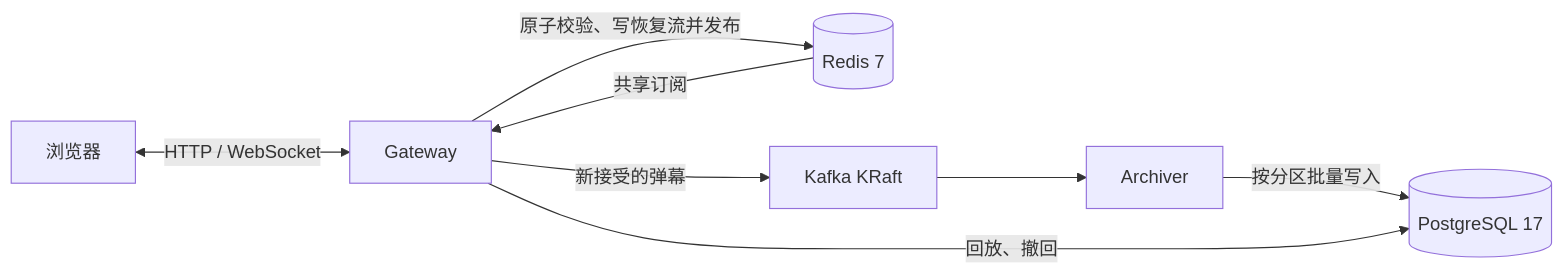
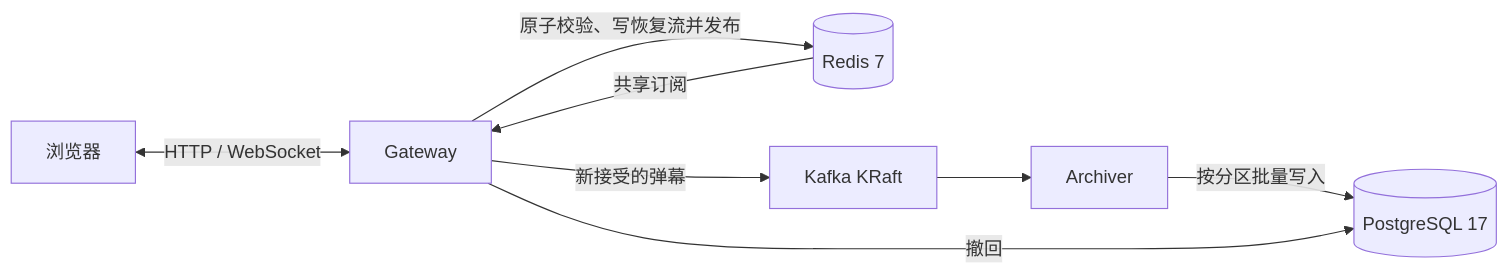
Before and after one commit to SctHy/live-stream-danmaku: the diagram in README.md, drawn with Mermaid. The commit also changed other lines of this file and 11 other files, not shown here.

````diff
--- a/README.md
+++ b/README.md
@@ -7,10 +7,10 @@
 ```mermaid
 flowchart LR
     B[浏览器] <-->|HTTP / WebSocket| G[Gateway]
     G -->|原子校验、写恢复流并发布| R[(Redis 7)]
     R -->|共享订阅| G
     G -->|新接受的弹幕| K[Kafka KRaft]
     K --> A[Archiver]
     A -->|按分区批量写入| P[(PostgreSQL 17)]
-    G -->|回放、撤回| P
+    G -->|撤回| P
 ```
````
